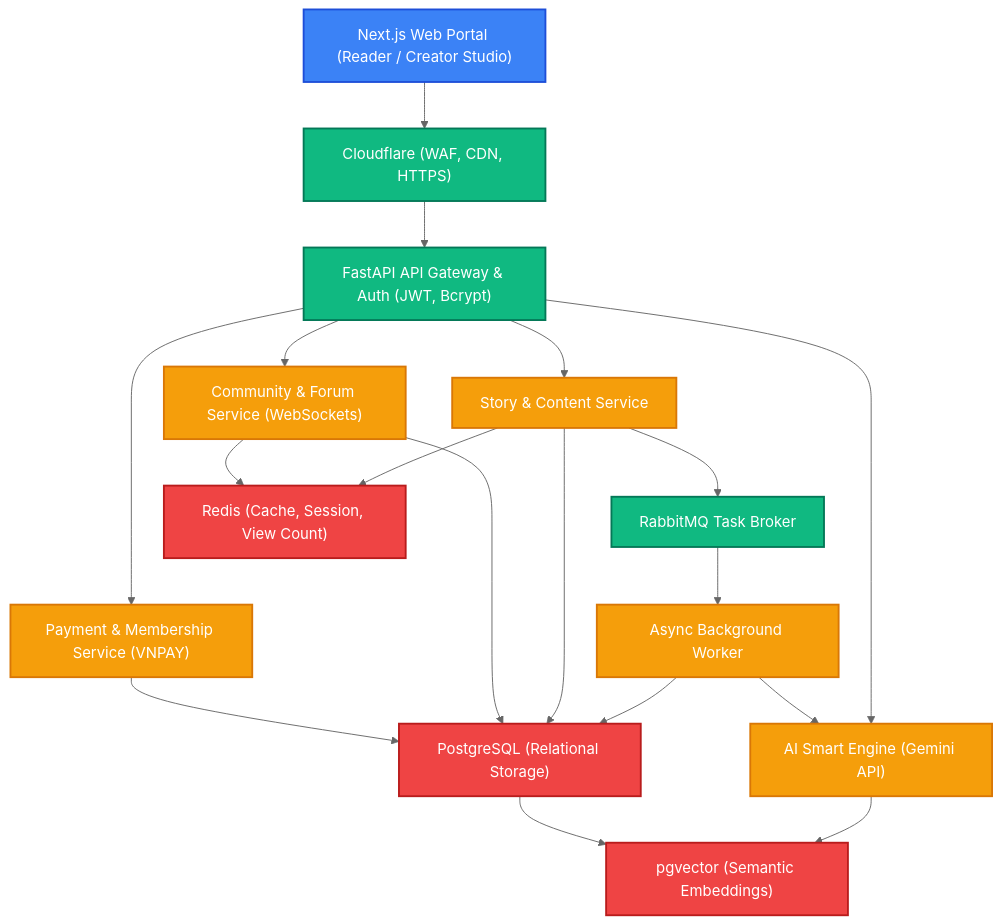
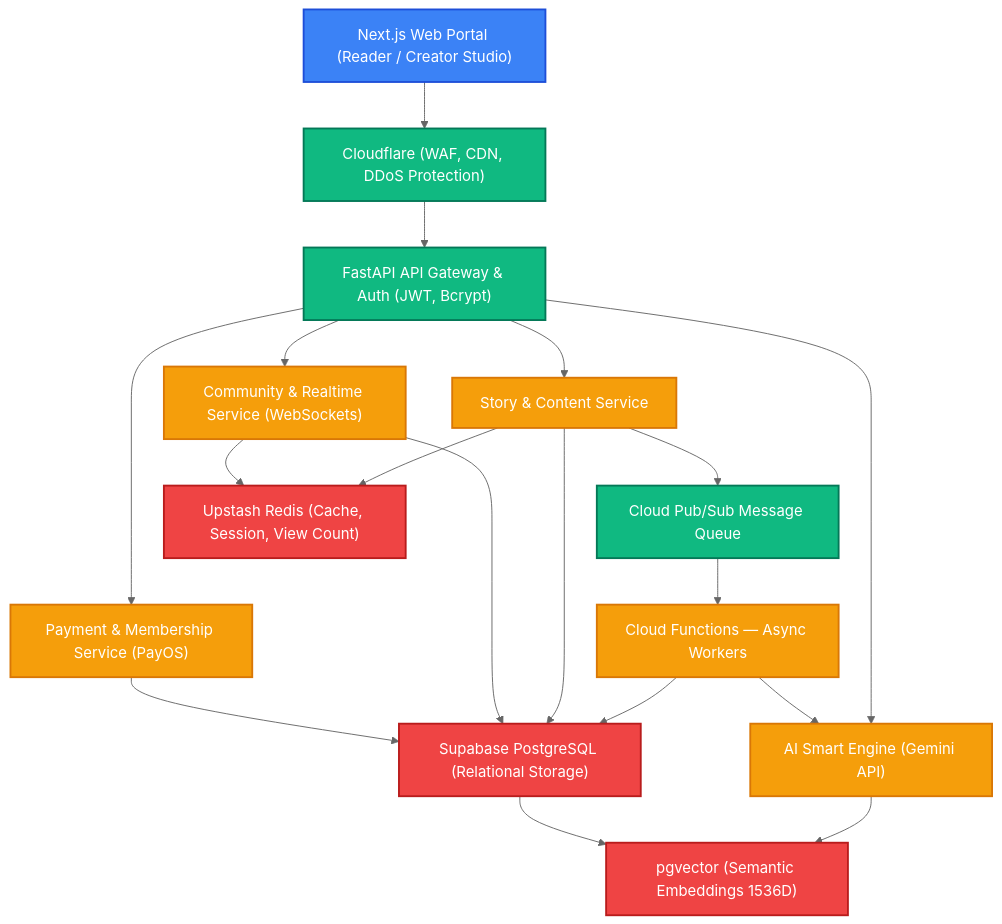
The second of 7 diagrams in README.md (zeus058/YAG_WRITING_WEB), drawn with Mermaid (neutral theme) before and after one commit. The commit also changed other lines of this file and 18 other files, not shown here.

````diff
--- a/README.md
+++ b/README.md
@@ -149,46 +198,46 @@
 ```mermaid
 graph TD
     classDef client fill:#3B82F6,stroke:#1D4ED8,stroke-width:2px,color:#fff;
     classDef gateway fill:#10B981,stroke:#047857,stroke-width:2px,color:#fff;
     classDef service fill:#F59E0B,stroke:#D97706,stroke-width:2px,color:#fff;
     classDef store fill:#EF4444,stroke:#B91C1C,stroke-width:2px,color:#fff;
 
     Client["Next.js Web Portal (Reader / Creator Studio)"]:::client
-    CF["Cloudflare (WAF, CDN, HTTPS)"]:::gateway
+    CF["Cloudflare (WAF, CDN, DDoS Protection)"]:::gateway
     GW["FastAPI API Gateway & Auth (JWT, Bcrypt)"]:::gateway
     
     StorySvc["Story & Content Service"]:::service
-    CommSvc["Community & Forum Service (WebSockets)"]:::service
-    PaySvc["Payment & Membership Service (VNPAY)"]:::service
+    CommSvc["Community & Realtime Service (WebSockets)"]:::service
+    PaySvc["Payment & Membership Service (PayOS)"]:::service
     AISvc["AI Smart Engine (Gemini API)"]:::service
     
-    Broker["RabbitMQ Task Broker"]:::gateway
-    Worker["Async Background Worker"]:::service
+    Broker["Cloud Pub/Sub Message Queue"]:::gateway
+    Worker["Cloud Functions — Async Workers"]:::service
     
-    Postgres["PostgreSQL (Relational Storage)"]:::store
-    PgVector["pgvector (Semantic Embeddings)"]:::store
-    Redis["Redis (Cache, Session, View Count)"]:::store
+    Postgres["Supabase PostgreSQL (Relational Storage)"]:::store
+    PgVector["pgvector (Semantic Embeddings 1536D)"]:::store
+    Redis["Upstash Redis (Cache, Session, View Count)"]:::store
 
     Client --> CF
     CF --> GW
     
     GW --> StorySvc
     GW --> CommSvc
     GW --> PaySvc
     GW --> AISvc
     
     StorySvc --> Broker
     Broker --> Worker
     Worker --> AISvc
     Worker --> Postgres
     
     StorySvc --> Postgres
     CommSvc --> Postgres
     PaySvc --> Postgres
     AISvc --> PgVector
     
     StorySvc --> Redis
     CommSvc --> Redis
     
     Postgres --> PgVector
 ```
````
